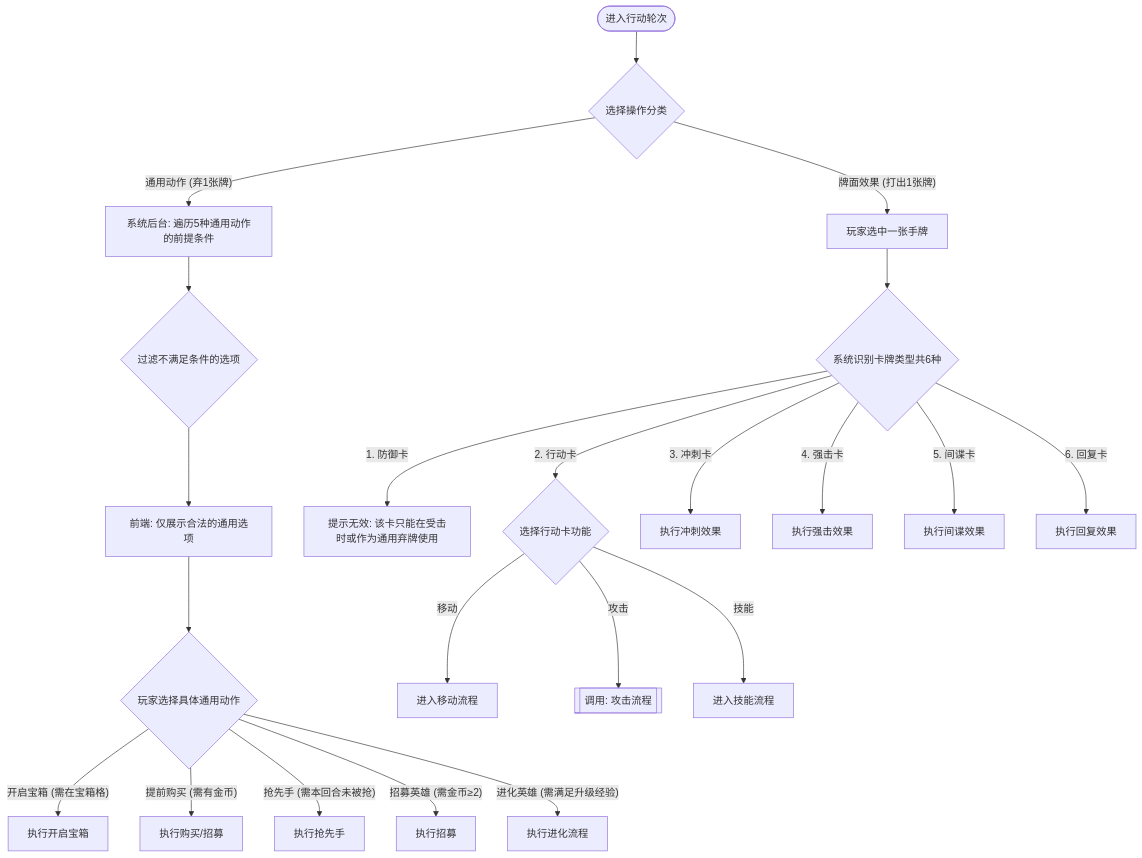
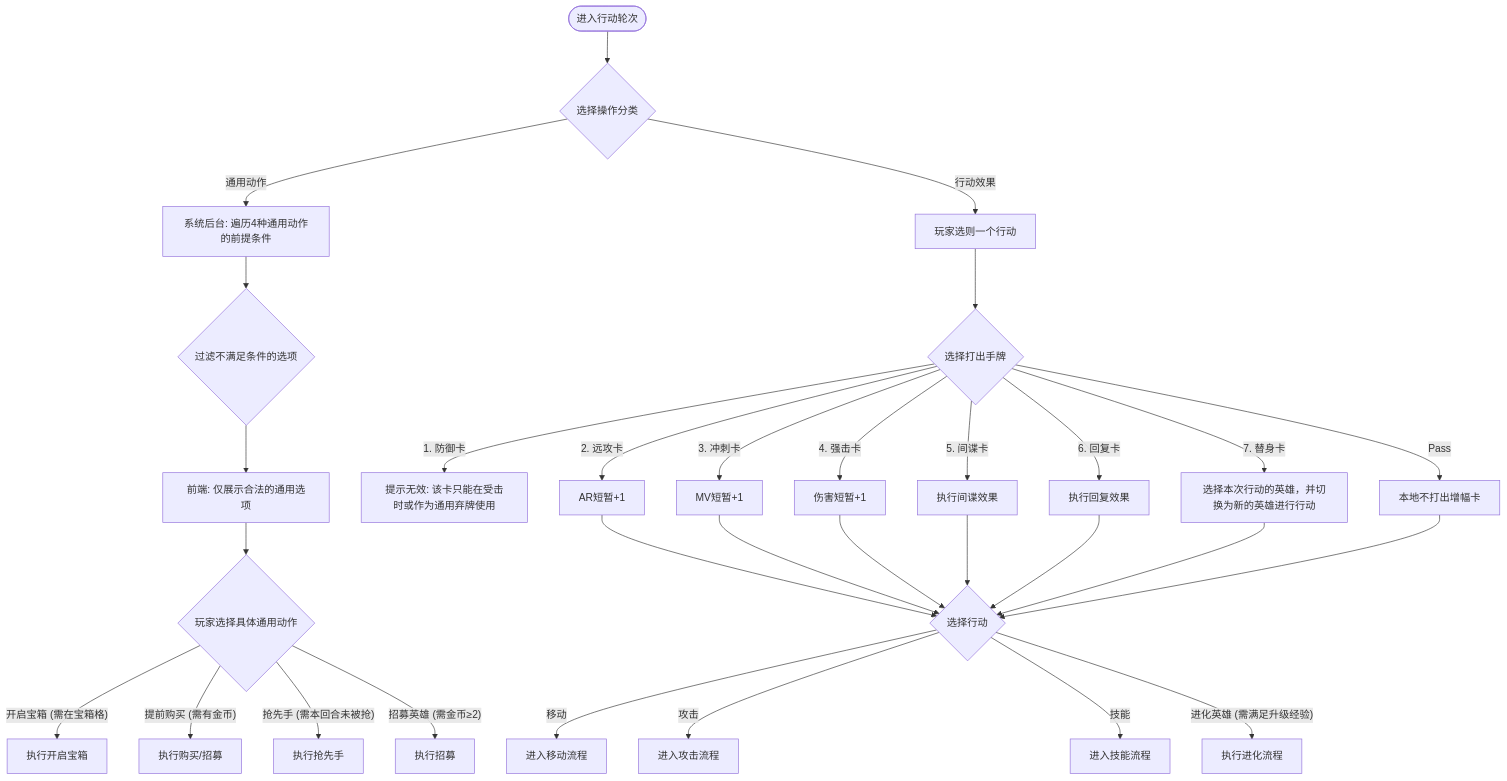
One commit to zhipijun1996/heros_war changed the third of 6 diagrams in flow.md. Above: the diagram before and after it, drawn with Mermaid. The commit also changed other lines of this file, not shown here.

Commit message:
更新 flow.md
更改为行动token，卡牌变成增强buff

````diff
--- a/flow.md
+++ b/flow.md
@@ -83,34 +87,35 @@
 ```mermaid
 graph TD
     StartAction([进入行动轮次]) --> SelSpAction{选择操作分类}
 
     %% ================= 通用效果分支 =================
-    SelSpAction -- "通用动作 (弃1张牌)" --> SysCheck[系统后台: 遍历5种通用动作的前提条件]
+    SelSpAction -- "通用动作" --> SysCheck[系统后台: 遍历4种通用动作的前提条件]
     
     SysCheck --> ConditionFilter{过滤不满足条件的选项}
     ConditionFilter --> ShowValid[前端: 仅展示合法的通用选项]
 
     ShowValid --> CommonChoice{玩家选择具体通用动作}
     CommonChoice -- "开启宝箱 (需在宝箱格)" --> OpenChest[执行开启宝箱]
     CommonChoice -- "提前购买 (需有金币)" --> EarlyBuy[执行购买/招募]
     CommonChoice -- "抢先手 (需本回合未被抢)" --> StealInit[执行抢先手]
     CommonChoice -- "招募英雄 (需金币≥2)" --> Recruit[执行招募]
-    CommonChoice -- "进化英雄 (需满足升级经验)" --> Evolve[执行进化流程]
 
     %% ================= 牌面效果分支 =================
-    SelSpAction -- "牌面效果 (打出1张牌)" --> SelectCard[玩家选中一张手牌]
+    SelSpAction -- "行动效果" --> SelectAction[玩家选则一个行动]
     
-    SelectCard --> CardType{系统识别卡牌类型共6种}
+    SelectAction --> CardType{选择打出手牌}
 
     CardType -- "1. 防御卡" --> Invalid[提示无效: 该卡只能在受击时或作为通用弃牌使用]
-    
-    CardType -- "2. 行动卡" --> ActionCardChoice{选择行动卡功能}
+    CardType -- "2. 远攻卡" --> ARFlow[AR短暂+1] --> ActionCardChoice{选择行动}
+    CardType -- "3. 冲刺卡" --> DashFlow[MV短暂+1] --> ActionCardChoice
+    CardType -- "4. 强击卡" --> SAFlow[伤害短暂+1] --> ActionCardChoice
+    CardType -- "5. 间谍卡" --> SpyFlow[执行间谍效果] --> ActionCardChoice
+    CardType -- "6. 回复卡" --> HealFlow[执行回复效果] --> ActionCardChoice
+    CardType -- "7. 替身卡" --> HeroSelFlow[选择本次行动的英雄，并切换为新的英雄进行行动] --> ActionCardChoice
+    CardType -- "Pass" --> CardPassFlow[本地不打出增幅卡] --> ActionCardChoice
+
     ActionCardChoice -- "移动" --> MoveFlow[进入移动流程]
-    ActionCardChoice -- "攻击" --> AttackFlow[[调用: 攻击流程]]
+    ActionCardChoice -- "攻击" --> AttackFlow[进入攻击流程]
     ActionCardChoice -- "技能" --> SkillFlow[进入技能流程]
-
-    CardType -- "3. 冲刺卡" --> DashFlow[执行冲刺效果]
-    CardType -- "4. 强击卡" --> HeavyFlow[执行强击效果]
-    CardType -- "5. 间谍卡" --> SpyFlow[执行间谍效果]
-    CardType -- "6. 回复卡" --> HealFlow[执行回复效果]
-```    
+    ActionCardChoice -- "进化英雄 (需满足升级经验)" --> Evolve[执行进化流程]
+```
````
